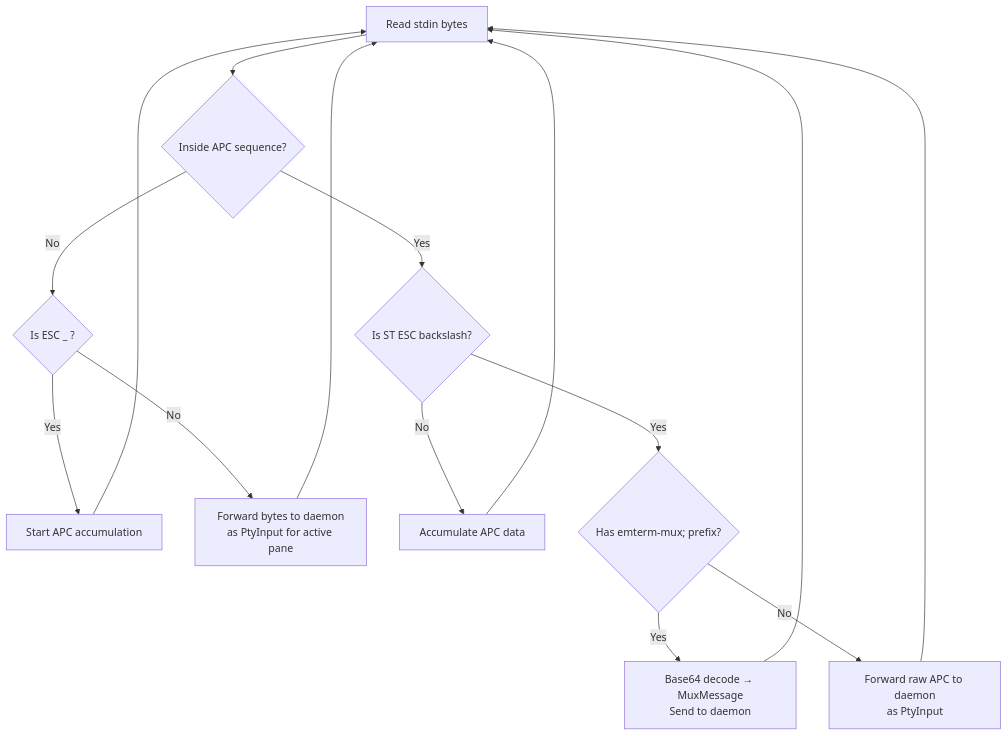
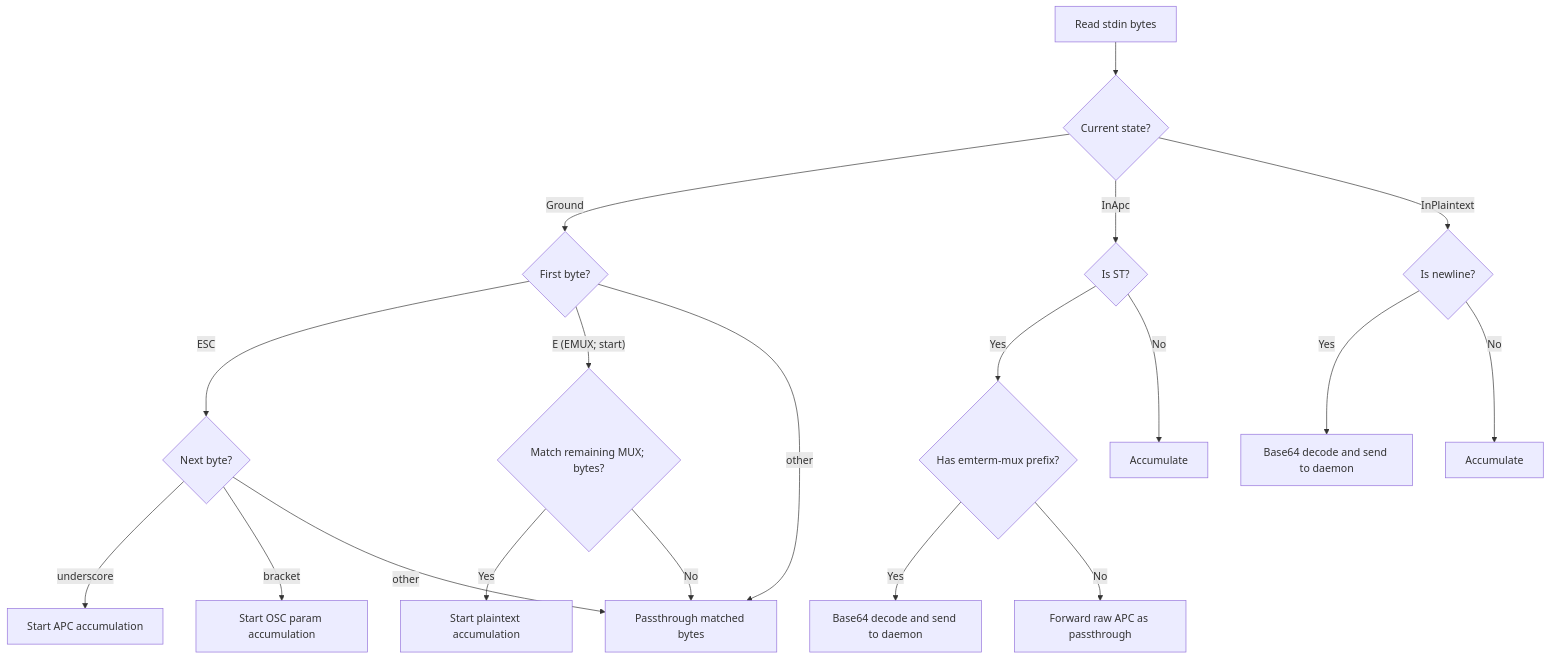
One commit to m-m-n/emterm changed the fourth of 4 diagrams in doc/tasks/mux-inband-protocol/SPEC.md. Above: the diagram before and after it, drawn with Mermaid. The commit also changed other lines of this file and 3 other files, not shown here.

First line of the commit message:
docs: update specs and README for mux ConPTY transport and new features

````diff
--- a/doc/tasks/mux-inband-protocol/SPEC.md
+++ b/doc/tasks/mux-inband-protocol/SPEC.md
@@ -191,17 +241,21 @@
 ```mermaid
 flowchart TD
-    A[Read stdin bytes] --> B{Inside APC sequence?}
-    B -->|No| C{Is ESC _ ?}
-    C -->|Yes| D[Start APC accumulation]
-    C -->|No| E[Forward bytes to daemon<br/>as PtyInput for active pane]
-    B -->|Yes| F{Is ST ESC backslash?}
-    F -->|No| G[Accumulate APC data]
-    F -->|Yes| H{Has emterm-mux; prefix?}
-    H -->|Yes| I[Base64 decode → MuxMessage<br/>Send to daemon]
-    H -->|No| J[Forward raw APC to daemon<br/>as PtyInput]
-    D --> A
-    E --> A
-    G --> A
-    I --> A
-    J --> A
+    A[Read stdin bytes] --> B{Current state?}
+    B -->|Ground| C{First byte?}
+    C -->|ESC| D{Next byte?}
+    D -->|underscore| E[Start APC accumulation]
+    D -->|bracket| F[Start OSC param accumulation]
+    D -->|other| G[Passthrough]
+    C -->|"E (EMUX; start)"| H{Match remaining MUX; bytes?}
+    H -->|Yes| I[Start plaintext accumulation]
+    H -->|No| G[Passthrough matched bytes]
+    C -->|other| G
+    B -->|InApc| J{Is ST?}
+    J -->|Yes| K{Has emterm-mux prefix?}
+    K -->|Yes| L[Base64 decode and send to daemon]
+    K -->|No| M[Forward raw APC as passthrough]
+    J -->|No| N[Accumulate]
+    B -->|InPlaintext| O{Is newline?}
+    O -->|Yes| P[Base64 decode and send to daemon]
+    O -->|No| Q[Accumulate]
 ```
````
